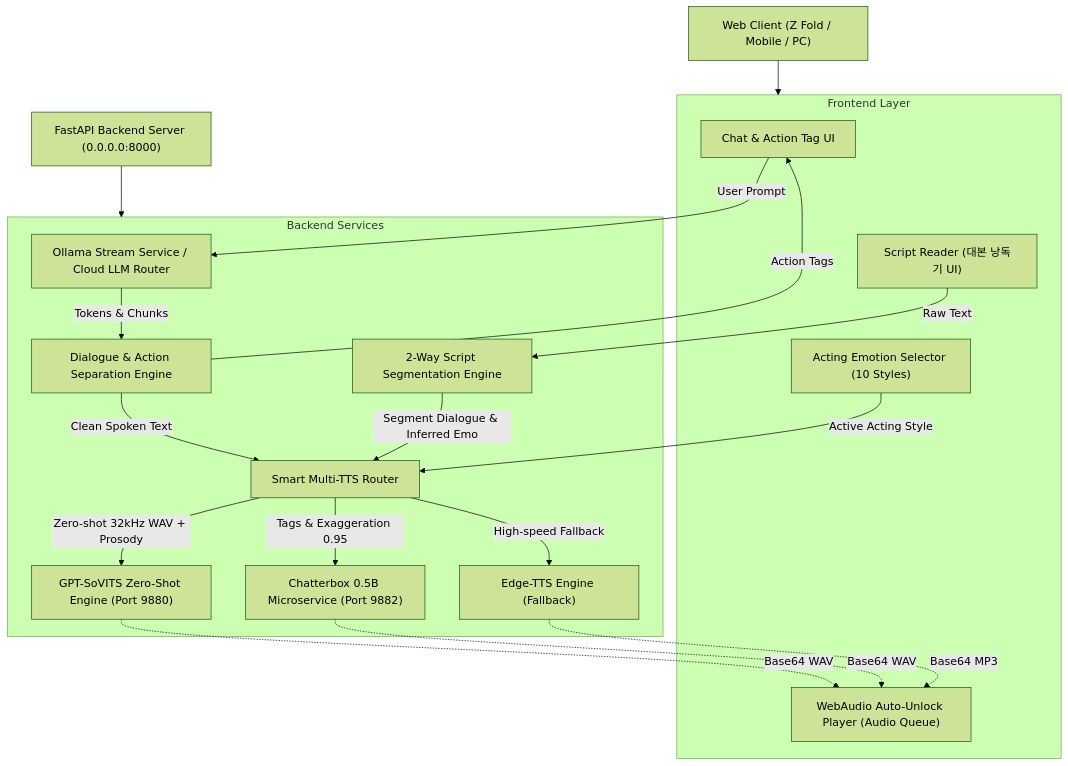
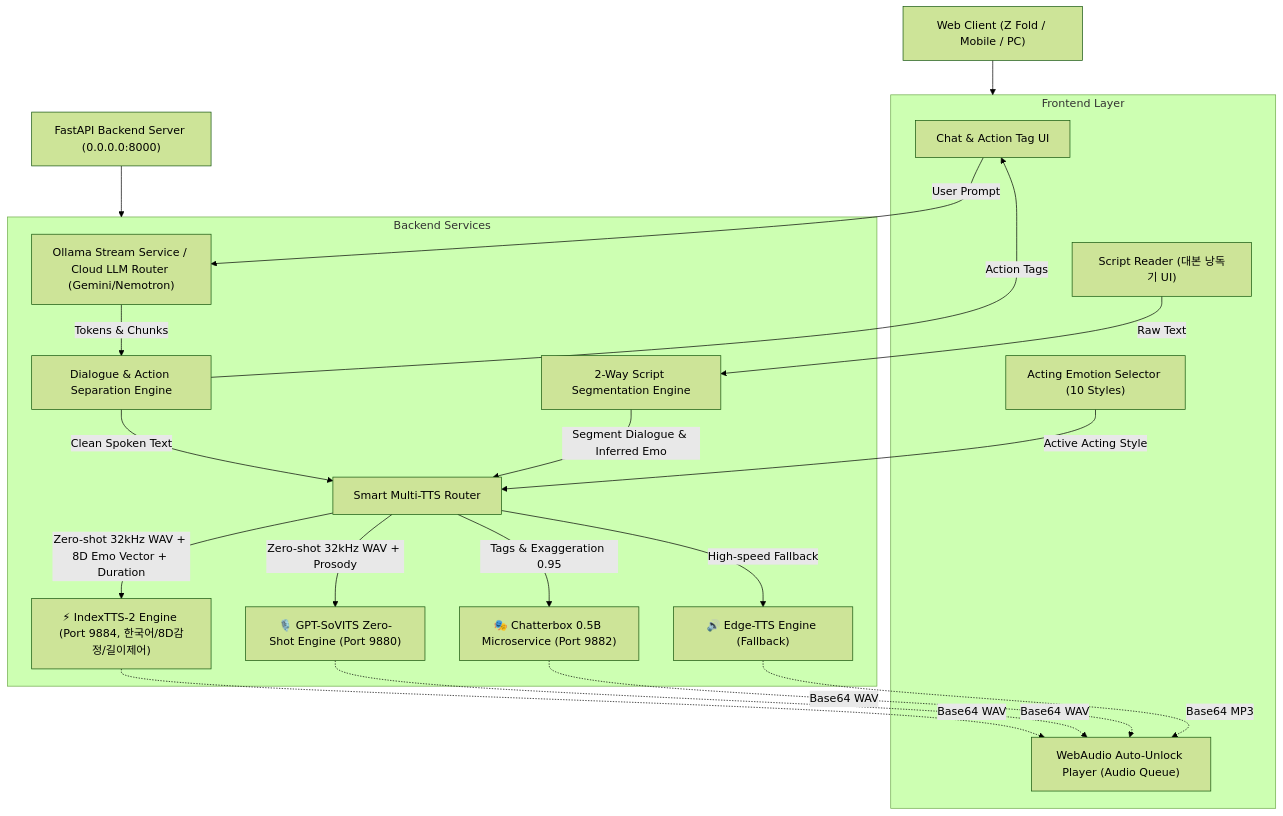
The diagram in wiki/03_architecture/SYSTEM_DESIGN.md (loverspath/project_buki), drawn with Mermaid (forest theme) before and after one commit. The commit also changed other lines of this file and 32 other files, not shown here.

Commit message:
feat(tts): Expand Tenko Shibuki 25-sample master dataset, 5-stage GPT-SoVITS fine-tuning, persistent SSH watchdog & IndexTTS-2 integration

````diff
--- a/wiki/03_architecture/SYSTEM_DESIGN.md
+++ b/wiki/03_architecture/SYSTEM_DESIGN.md
@@ -7,42 +7,45 @@
 ```mermaid
 graph TD
     Client["Web Client (Z Fold / Mobile / PC)"]
     Server["FastAPI Backend Server (0.0.0.0:8000)"]
 
     subgraph FrontendComponents["Frontend Layer"]
         ChatUI["Chat & Action Tag UI"]
         ScriptReader["Script Reader (대본 낭독기 UI)"]
         EmotionSelector["Acting Emotion Selector (10 Styles)"]
         AudioEngine["WebAudio Auto-Unlock Player (Audio Queue)"]
     end
 
     subgraph BackendServices["Backend Services"]
-        LLMService["Ollama Stream Service / Cloud LLM Router"]
+        LLMService["Ollama Stream Service / Cloud LLM Router (Gemini/Nemotron)"]
         Parser["Dialogue & Action Separation Engine"]
         ScriptParser["2-Way Script Segmentation Engine"]
         TTSManager["Smart Multi-TTS Router"]
-        GPTSoVITS["GPT-SoVITS Zero-Shot Engine (Port 9880)"]
-        Chatterbox["Chatterbox 0.5B Microservice (Port 9882)"]
-        EdgeTTS["Edge-TTS Engine (Fallback)"]
+        IndexTTS["⚡ IndexTTS-2 Engine (Port 9884, 한국어/8D감정/길이제어)"]
+        GPTSoVITS["🎙️ GPT-SoVITS Zero-Shot Engine (Port 9880)"]
+        Chatterbox["🎭 Chatterbox 0.5B Microservice (Port 9882)"]
+        EdgeTTS["🔊 Edge-TTS Engine (Fallback)"]
     end
 
     Client --> FrontendComponents
     Server --> BackendServices
 
     ChatUI -->|User Prompt| LLMService
     ScriptReader -->|Raw Text| ScriptParser
     EmotionSelector -->|Active Acting Style| TTSManager
 
     LLMService -->|Tokens & Chunks| Parser
     Parser -->|Action Tags| ChatUI
     Parser -->|Clean Spoken Text| TTSManager
     ScriptParser -->|Segment Dialogue & Inferred Emo| TTSManager
 
+    TTSManager -->|Zero-shot 32kHz WAV + 8D Emo Vector + Duration| IndexTTS
     TTSManager -->|Zero-shot 32kHz WAV + Prosody| GPTSoVITS
     TTSManager -->|Tags & Exaggeration 0.95| Chatterbox
     TTSManager -->|High-speed Fallback| EdgeTTS
 
+    IndexTTS -.->|Base64 WAV| AudioEngine
     GPTSoVITS -.->|Base64 WAV| AudioEngine
     Chatterbox -.->|Base64 WAV| AudioEngine
     EdgeTTS -.->|Base64 MP3| AudioEngine
 ```
````
